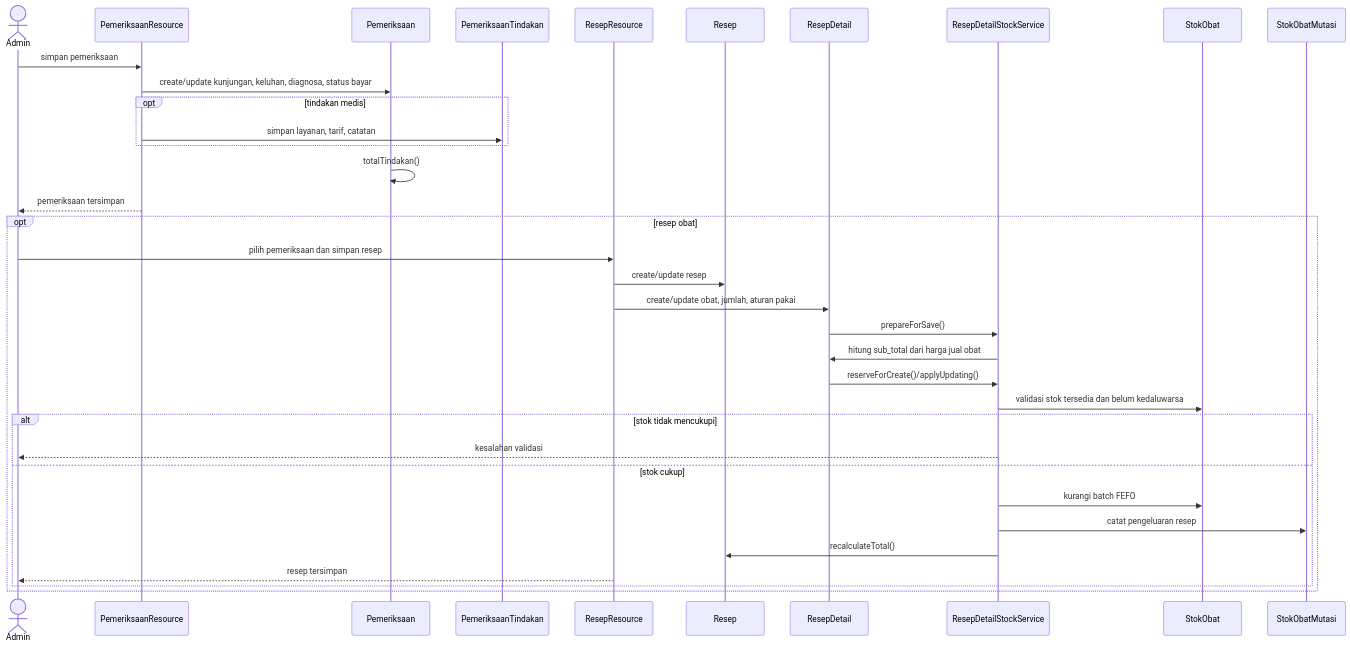
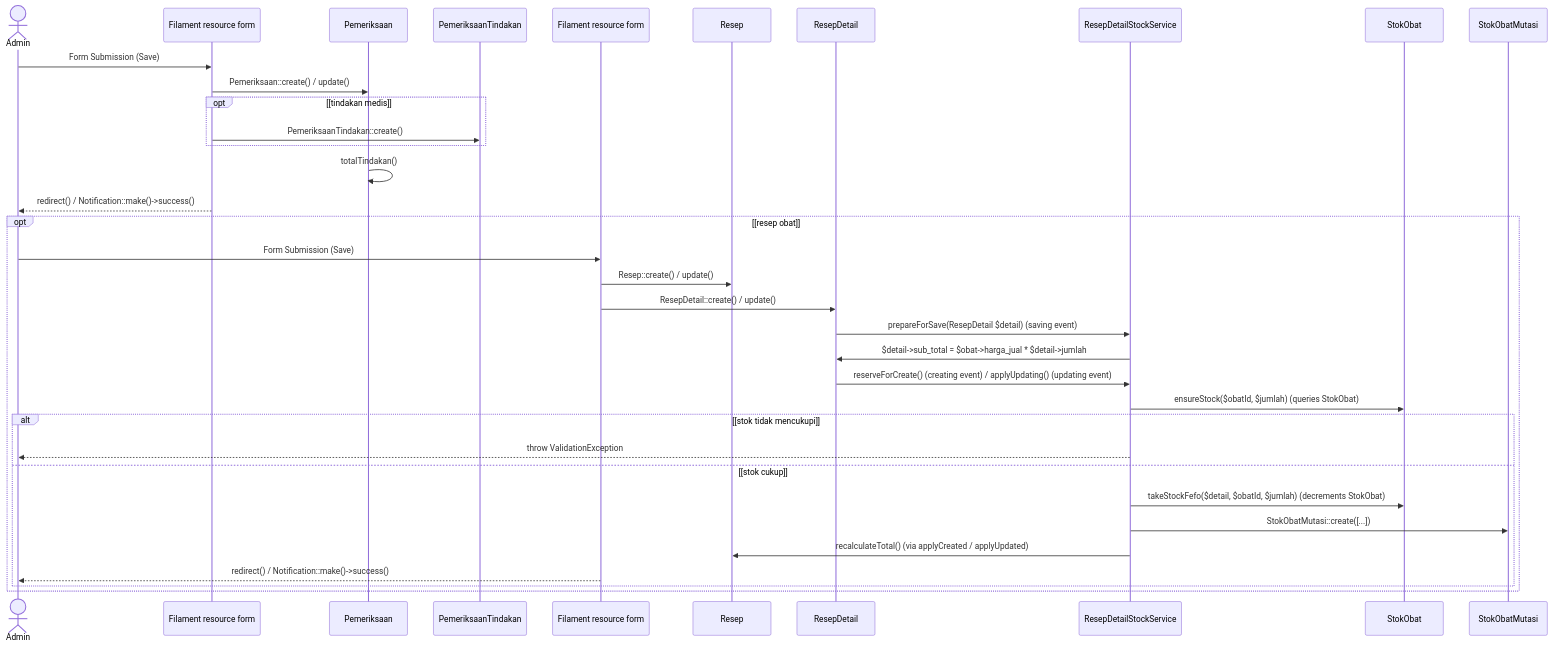
One commit to Faathir81/Sistem-Informasi-Klinik changed the fourth of 7 diagrams in dokumentasi/spesifikasi-proyek/sequence-diagrams.md. Above: the diagram before and after it, drawn with Mermaid. The commit also changed other lines of this file, not shown here.

Commit message:
docs: update sequence diagrams with technical terminology

````diff
--- a/dokumentasi/spesifikasi-proyek/sequence-diagrams.md
+++ b/dokumentasi/spesifikasi-proyek/sequence-diagrams.md
@@ -109,39 +110,39 @@
 ```mermaid
 sequenceDiagram
     actor Admin
-    participant PemeriksaanResource
+    participant PemeriksaanResource as Filament resource form
     participant Pemeriksaan
     participant Tindakan as PemeriksaanTindakan
-    participant ResepResource
+    participant ResepResource as Filament resource form
     participant Resep
     participant Detail as ResepDetail
     participant Stock as ResepDetailStockService
     participant Stok as StokObat
     participant Mutasi as StokObatMutasi
 
-    Admin->>PemeriksaanResource: simpan pemeriksaan
-    PemeriksaanResource->>Pemeriksaan: create/update kunjungan, keluhan, diagnosa, status bayar
-    opt tindakan medis
-        PemeriksaanResource->>Tindakan: simpan layanan, tarif, catatan
+    Admin->>PemeriksaanResource: Form Submission (Save)
+    PemeriksaanResource->>Pemeriksaan: Pemeriksaan::create() / update()
+    opt [tindakan medis]
+        PemeriksaanResource->>Tindakan: PemeriksaanTindakan::create()
     end
     Pemeriksaan->>Pemeriksaan: totalTindakan()
-    PemeriksaanResource-->>Admin: pemeriksaan tersimpan
+    PemeriksaanResource-->>Admin: redirect() / Notification::make()->success()
 
-    opt resep obat
-        Admin->>ResepResource: pilih pemeriksaan dan simpan resep
-        ResepResource->>Resep: create/update resep
-        ResepResource->>Detail: create/update obat, jumlah, aturan pakai
-        Detail->>Stock: prepareForSave()
-        Stock->>Detail: hitung sub_total dari harga jual obat
-        Detail->>Stock: reserveForCreate()/applyUpdating()
-        Stock->>Stok: validasi stok tersedia dan belum kedaluwarsa
-        alt stok tidak mencukupi
-            Stock-->>Admin: kesalahan validasi
-        else stok cukup
-            Stock->>Stok: kurangi batch FEFO
-            Stock->>Mutasi: catat pengeluaran resep
-            Stock->>Resep: recalculateTotal()
-            ResepResource-->>Admin: resep tersimpan
+    opt [resep obat]
+        Admin->>ResepResource: Form Submission (Save)
+        ResepResource->>Resep: Resep::create() / update()
+        ResepResource->>Detail: ResepDetail::create() / update()
+        Detail->>Stock: prepareForSave(ResepDetail $detail) (saving event)
+        Stock->>Detail: $detail->sub_total = $obat->harga_jual * $detail->jumlah
+        Detail->>Stock: reserveForCreate() (creating event) / applyUpdating() (updating event)
+        Stock->>Stok: ensureStock($obatId, $jumlah) (queries StokObat)
+        alt [stok tidak mencukupi]
+            Stock-->>Admin: throw ValidationException
+        else [stok cukup]
+            Stock->>Stok: takeStockFefo($detail, $obatId, $jumlah) (decrements StokObat)
+            Stock->>Mutasi: StokObatMutasi::create([...])
+            Stock->>Resep: recalculateTotal() (via applyCreated / applyUpdated)
+            ResepResource-->>Admin: redirect() / Notification::make()->success()
         end
     end
 ```
````
